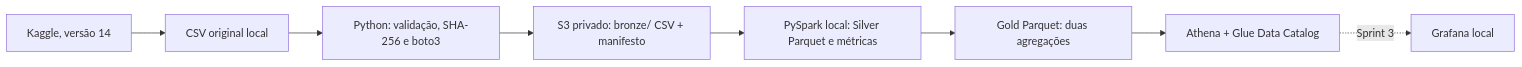
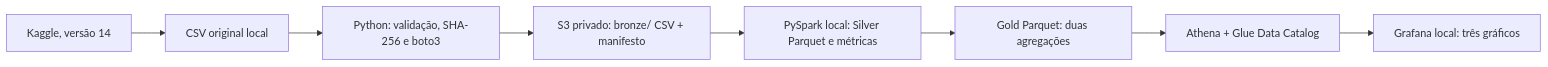
Before and after one commit to JPedroo/AWS-Medallion-Data-Lake-POC-for-IT-Support-Ticket-Analytics: the diagram in Documentation.md, drawn with Mermaid. The commit also changed other lines of this file and 15 other files, not shown here.

Commit message:
Complete Sprint 3 Grafana dashboard and end-to-end validation

````diff
--- a/Documentation.md
+++ b/Documentation.md
@@ -5,10 +5,10 @@
 ```mermaid
 flowchart LR
     K[Kaggle, versão 14] --> L[CSV original local]
     L --> I[Python: validação, SHA-256 e boto3]
     I --> B[S3 privado: bronze/ CSV + manifesto]
     B --> S[PySpark local: Silver Parquet e métricas]
     S --> G[Gold Parquet: duas agregações]
     G --> A[Athena + Glue Data Catalog]
-    A -. Sprint 3 .-> F[Grafana local]
+    A --> F[Grafana local: três gráficos]
 ```
````
